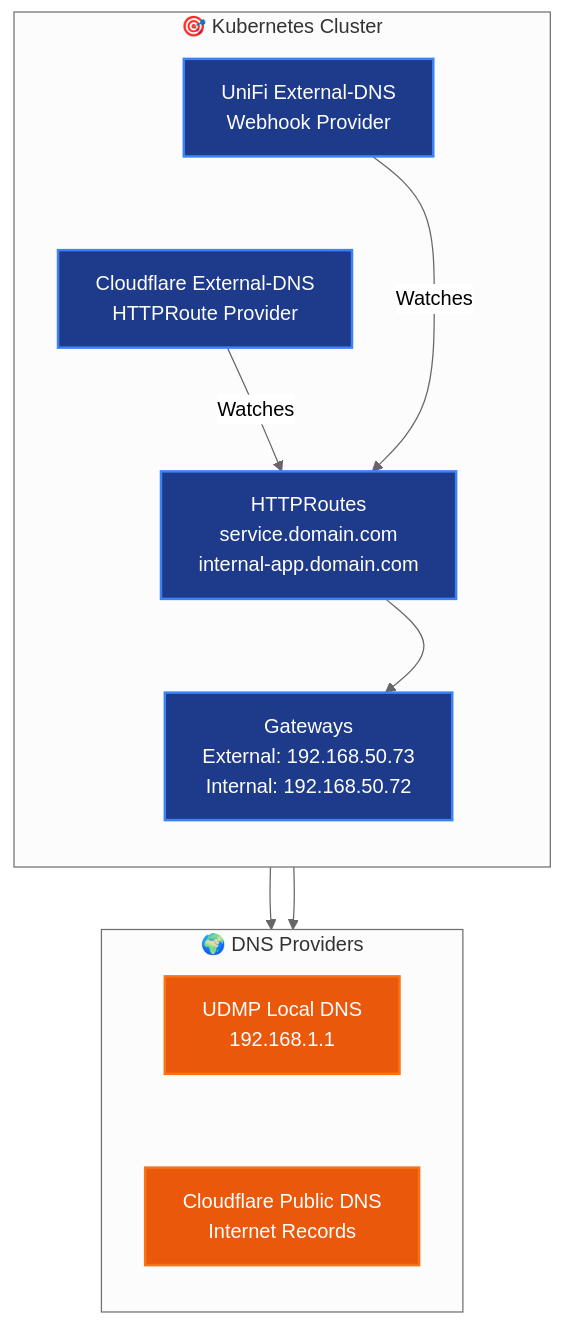
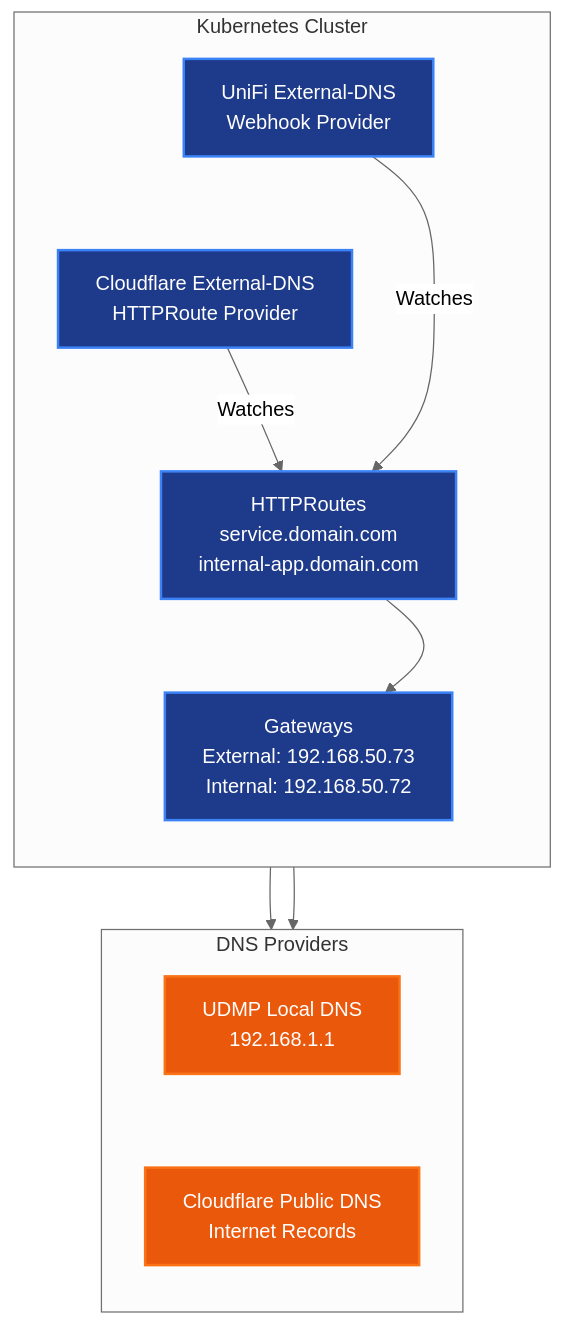
Before and after one commit to rcdailey/home-ops: the second of 3 diagrams in docs/architecture/dns-architecture.md, drawn with Mermaid (neutral theme). The commit also changed other lines of this file and 21 other files, not shown here.

````diff
--- a/docs/architecture/dns-architecture.md
+++ b/docs/architecture/dns-architecture.md
@@ -68,37 +68,37 @@
 ```mermaid
 flowchart TD
-    subgraph DNS["🌍 DNS Providers"]
+    subgraph DNS["DNS Providers"]
         direction TB
         UDMP[UDMP Local DNS<br/>192.168.1.1]
         Cloudflare[Cloudflare Public DNS<br/>Internet Records]
 
         UDMP ~~~ Cloudflare
     end
 
-    subgraph K8s["🎯 Kubernetes Cluster"]
+    subgraph K8s["Kubernetes Cluster"]
         direction TB
         UniFiExtDNS[UniFi External-DNS<br/>Webhook Provider]
         CFExtDNS[Cloudflare External-DNS<br/>HTTPRoute Provider]
         HTTPRoutes[HTTPRoutes<br/>service.domain.com<br/>internal-app.domain.com]
         Gateways[Gateways<br/>External: 192.168.50.73<br/>Internal: 192.168.50.72]
 
         UniFiExtDNS ~~~ CFExtDNS
         CFExtDNS ~~~ HTTPRoutes
         HTTPRoutes ~~~ Gateways
     end
 
     UniFiExtDNS --> UDMP
     CFExtDNS --> Cloudflare
 
     UniFiExtDNS -->|Watches| HTTPRoutes
     CFExtDNS -->|Watches| HTTPRoutes
 
     HTTPRoutes --> Gateways
 
     %% Styling
     classDef k8s fill:#1e3a8a,stroke:#3b82f6,stroke-width:2px,color:#ffffff
     classDef dns fill:#ea580c,stroke:#f97316,stroke-width:2px,color:#ffffff
 
     class HTTPRoutes,Gateways,UniFiExtDNS,CFExtDNS k8s
     class UDMP,Cloudflare dns
 ```
````
